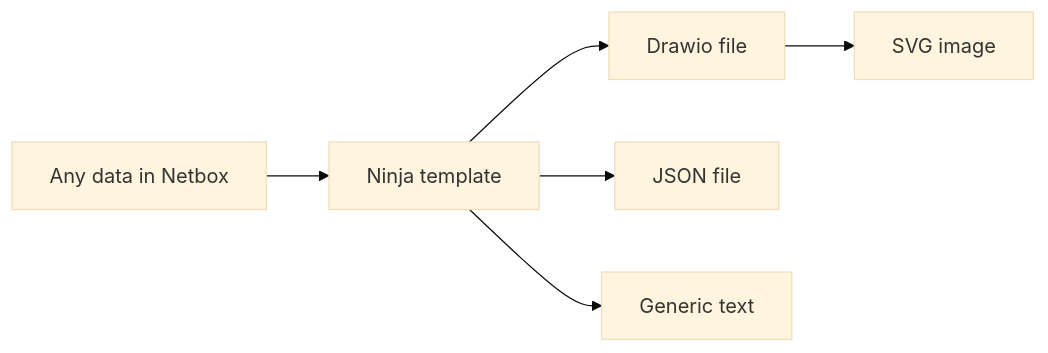
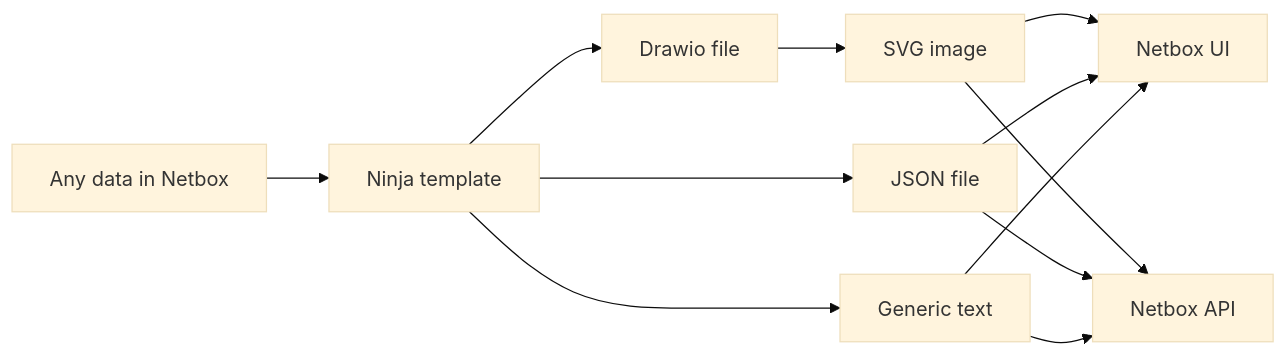
The diagram in README.md (rautanen-io/netbox-ninja-plugin), drawn with Mermaid (base theme) before and after one commit. The commit also changed 1 other file, not shown here.

````diff
--- a/README.md
+++ b/README.md
@@ -13,8 +13,14 @@
 ```mermaid
 graph LR
     DATA[Any data in Netbox] --> TEMPLATE[Ninja template]
     TEMPLATE --> DRAWIO[Drawio file]
     DRAWIO[Drawio file] --> SVG[SVG image]
     TEMPLATE --> JSON[JSON file]
     TEMPLATE --> TEXT[Generic text]
+    SVG --> NBUI[Netbox UI]
+    JSON --> NBUI[Netbox UI]
+    TEXT --> NBUI[Netbox UI]
+    SVG --> API[Netbox API]
+    JSON --> API[Netbox API]
+    TEXT --> API[Netbox API]
 ```
````
